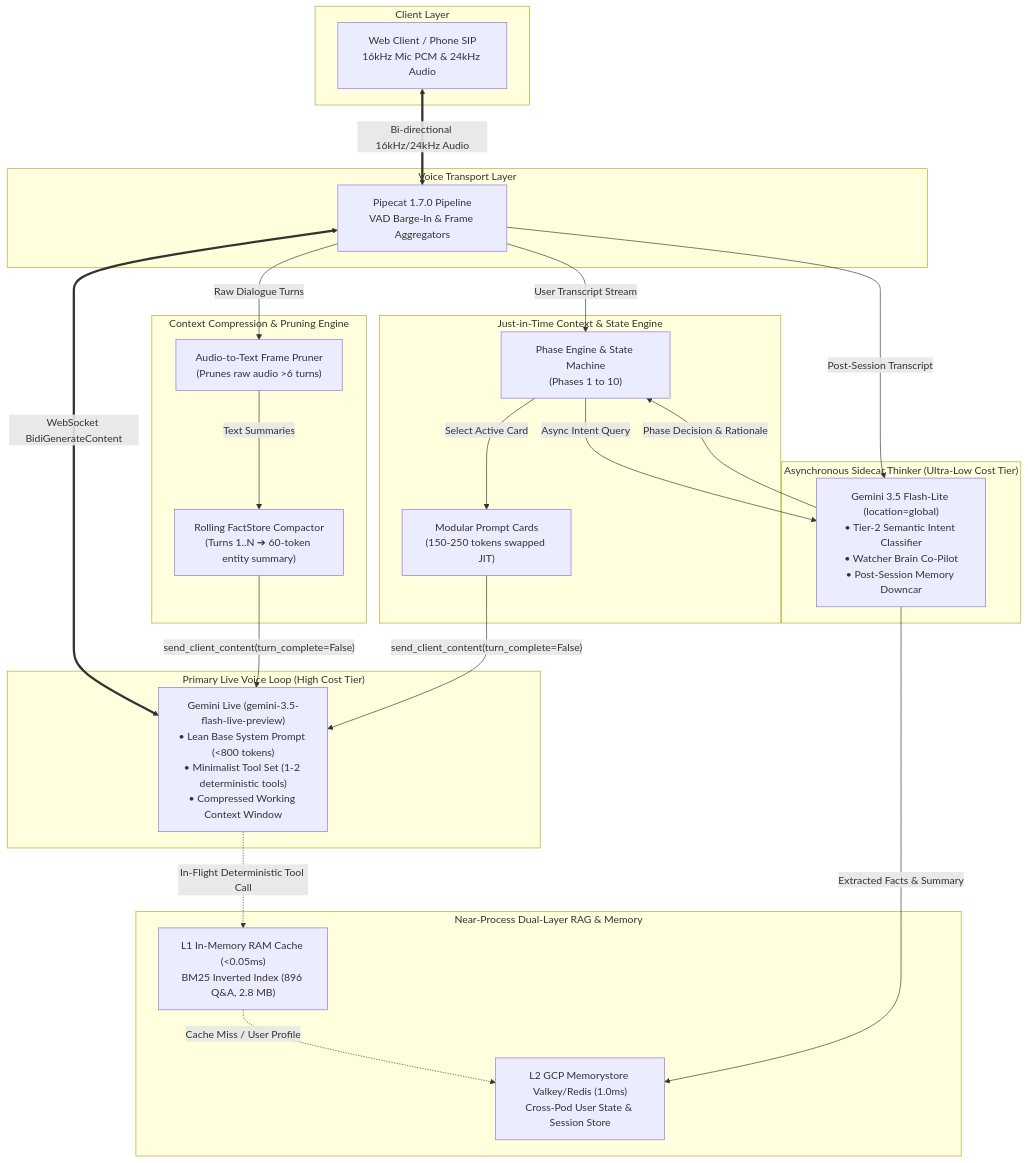
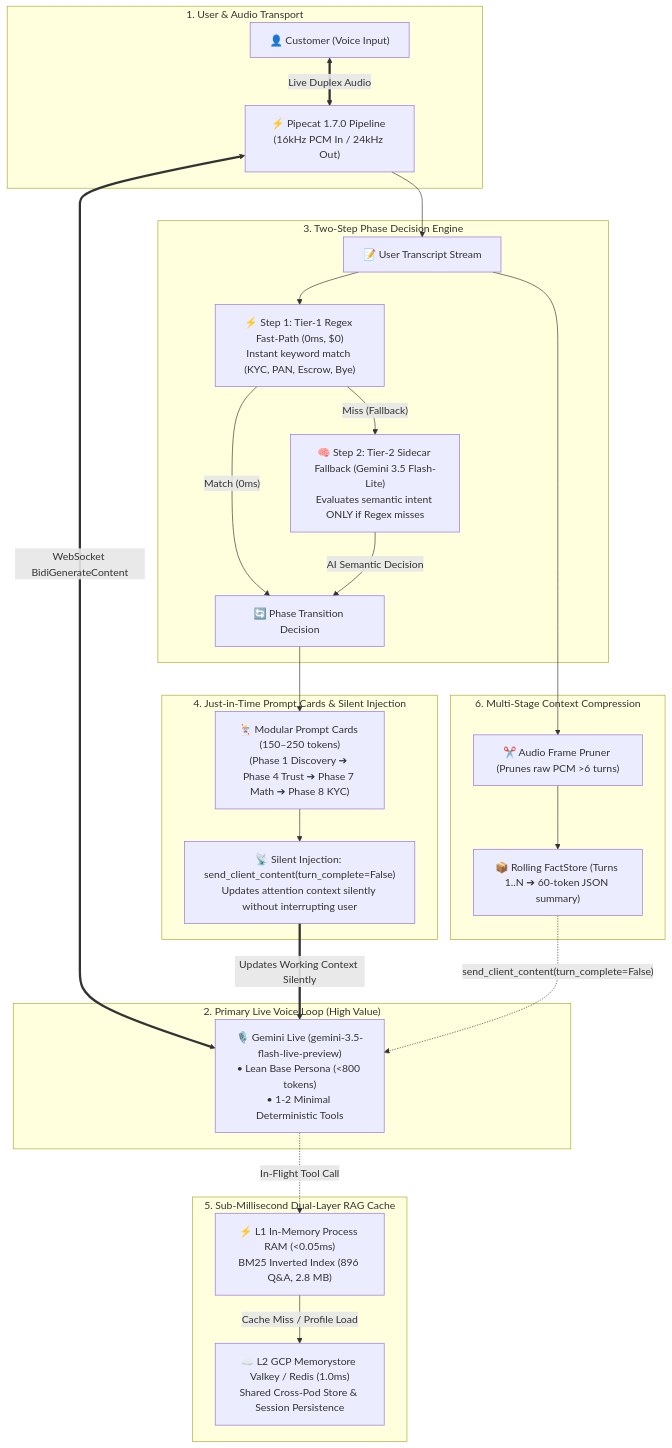
One commit to manishkjs/gemini_live_pipecat changed the diagram in docs/GEMINI_LIVE_COST_OPTIMIZATION_ARCHITECTURE.md. Above: the diagram before and after it, drawn with Mermaid. The commit also changed other lines of this file, not shown here.

Commit message:
docs: streamline top-down architecture with 2-step Phase Engine (Tier-1 Regex -> Tier-2 Flash-Lite fallback)

````diff
--- a/docs/GEMINI_LIVE_COST_OPTIMIZATION_ARCHITECTURE.md
+++ b/docs/GEMINI_LIVE_COST_OPTIMIZATION_ARCHITECTURE.md
@@ -22,53 +22,60 @@
 ```mermaid
 flowchart TB
-    subgraph Client["Client Layer"]
-        Browser["Web Client / Phone SIP<br/>16kHz Mic PCM & 24kHz Audio"]
+    %% Level 1: Client & Audio Transport
+    subgraph L1["1. User & Audio Transport"]
+        User["👤 Customer (Voice Input)"]
+        Pipecat["⚡ Pipecat 1.7.0 Pipeline (16kHz PCM In / 24kHz Out)"]
+        User <== "Live Duplex Audio" ==> Pipecat
     end
 
-    subgraph Transport["Voice Transport Layer"]
-        Pipecat["Pipecat 1.7.0 Pipeline<br/>VAD Barge-In & Frame Aggregators"]
+    %% Level 2: Primary Live Voice Model
+    subgraph L2["2. Primary Live Voice Loop (High Value)"]
+        LiveModel["🎙️ Gemini Live (gemini-3.5-flash-live-preview)<br/>• Lean Base Persona (&lt;800 tokens)<br/>• 1-2 Minimal Deterministic Tools"]
+        Pipecat <== "WebSocket BidiGenerateContent" ==> LiveModel
     end
 
-    subgraph LiveVoice["Primary Live Voice Loop (High Cost Tier)"]
-        GeminiLive["Gemini Live (gemini-3.5-flash-live-preview)<br/>• Lean Base System Prompt (<800 tokens)<br/>• Minimalist Tool Set (1-2 deterministic tools)<br/>• Compressed Working Context Window"]
+    %% Level 3: 2-Step Phase Engine
+    subgraph L3["3. Two-Step Phase Decision Engine"]
+        Transcript["📝 User Transcript Stream"]
+        Tier1["⚡ Step 1: Tier-1 Regex Fast-Path (0ms, $0)<br/>Instant keyword match (KYC, PAN, Escrow, Bye)"]
+        Tier2["🧠 Step 2: Tier-2 Sidecar Fallback (Gemini 3.5 Flash-Lite)<br/>Evaluates semantic intent ONLY if Regex misses"]
+        PhaseSwitch["🔄 Phase Transition Decision"]
+
+        Transcript --> Tier1
+        Tier1 -- "Match (0ms)" --> PhaseSwitch
+        Tier1 -- "Miss (Fallback)" --> Tier2
+        Tier2 -- "AI Semantic Decision" --> PhaseSwitch
     end
 
-    subgraph Compression["Context Compression & Pruning Engine"]
-        AudioPruner["Audio-to-Text Frame Pruner<br/>(Prunes raw audio >6 turns)"]
-        FactCompactor["Rolling FactStore Compactor<br/>(Turns 1..N ➔ 60-token entity summary)"]
+    %% Level 4: JIT Prompt Cards & Silent Injection
+    subgraph L4["4. Just-in-Time Prompt Cards & Silent Injection"]
+        PromptCards["🃏 Modular Prompt Cards (150–250 tokens)<br/>(Phase 1 Discovery ➔ Phase 4 Trust ➔ Phase 7 Math ➔ Phase 8 KYC)"]
+        SilentInject["📡 Silent Injection: send_client_content(turn_complete=False)<br/>Updates attention context silently without interrupting user"]
+        
+        PhaseSwitch --> PromptCards
+        PromptCards --> SilentInject
     end
 
-    subgraph AsyncBrain["Asynchronous Sidecar Thinker (Ultra-Low Cost Tier)"]
-        FlashLite["Gemini 3.5 Flash-Lite (location=global)<br/>• Tier-2 Semantic Intent Classifier<br/>• Watcher Brain Co-Pilot<br/>• Post-Session Memory Downcar"]
+    %% Level 5: Near-Process Dual-Layer Cache
+    subgraph L5["5. Sub-Millisecond Dual-Layer RAG Cache"]
+        L1Cache["⚡ L1 In-Memory Process RAM (&lt;0.05ms)<br/>BM25 Inverted Index (896 Q&A, 2.8 MB)"]
+        L2Redis["☁️ L2 GCP Memorystore Valkey / Redis (1.0ms)<br/>Shared Cross-Pod Store & Session Persistence"]
+        
+        L1Cache -- "Cache Miss / Profile Load" --> L2Redis
     end
 
-    subgraph StateAndPrompt["Just-in-Time Context & State Engine"]
-        PhaseEngine["Phase Engine & State Machine<br/>(Phases 1 to 10)"]
-        PromptCards["Modular Prompt Cards<br/>(150-250 tokens swapped JIT)"]
+    %% Level 6: Context Compression
+    subgraph L6["6. Multi-Stage Context Compression"]
+        AudioPruner["✂️ Audio Frame Pruner (Prunes raw PCM &gt;6 turns)"]
+        FactStore["📦 Rolling FactStore (Turns 1..N ➔ 60-token JSON summary)"]
+        
+        AudioPruner --> FactStore
     end
 
-    subgraph Caching["Near-Process Dual-Layer RAG & Memory"]
-        L1RAM["L1 In-Memory RAM Cache (<0.05ms)<br/>BM25 Inverted Index (896 Q&A, 2.8 MB)"]
-        L2Redis["L2 GCP Memorystore Valkey/Redis (1.0ms)<br/>Cross-Pod User State & Session Store"]
-    end
-
-    Browser <== "Bi-directional 16kHz/24kHz Audio" ==> Pipecat
-    Pipecat <== "WebSocket BidiGenerateContent" ==> GeminiLive
-
-    GeminiLive -.->|"In-Flight Deterministic Tool Call"| L1RAM
-    L1RAM -.->|"Cache Miss / User Profile"| L2Redis
-
-    Pipecat -->|"User Transcript Stream"| PhaseEngine
-    Pipecat -->|"Raw Dialogue Turns"| AudioPruner
-    AudioPruner -->|"Text Summaries"| FactCompactor
-    FactCompactor -->|"send_client_content(turn_complete=False)"| GeminiLive
-
-    PhaseEngine -->|"Async Intent Query"| FlashLite
-    FlashLite -->|"Phase Decision & Rationale"| PhaseEngine
-
-    PhaseEngine -->|"Select Active Card"| PromptCards
-    PromptCards -->|"send_client_content(turn_complete=False)"| GeminiLive
-
-    Pipecat -->|"Post-Session Transcript"| FlashLite
-    FlashLite -->|"Extracted Facts & Summary"| L2Redis
+    %% Top-Down Cross Connections
+    Pipecat --> Transcript
+    SilentInject ==>|"Updates Working Context Silently"| LiveModel
+    LiveModel -.->|"In-Flight Tool Call"| L1Cache
+    Transcript --> AudioPruner
+    FactStore -.->|"send_client_content(turn_complete=False)"| LiveModel
 ```
````
